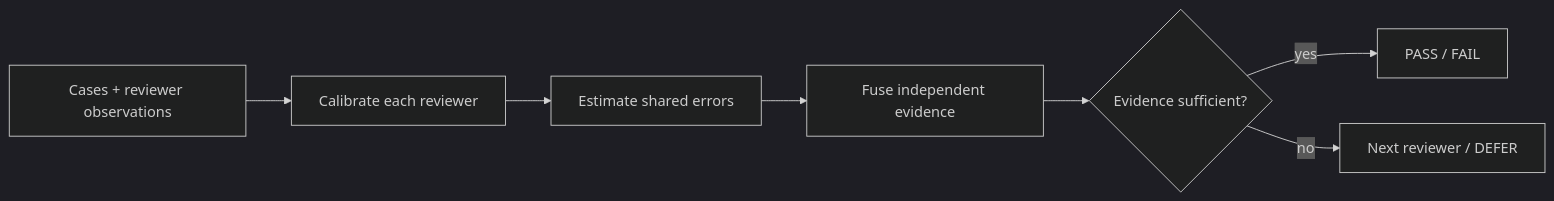
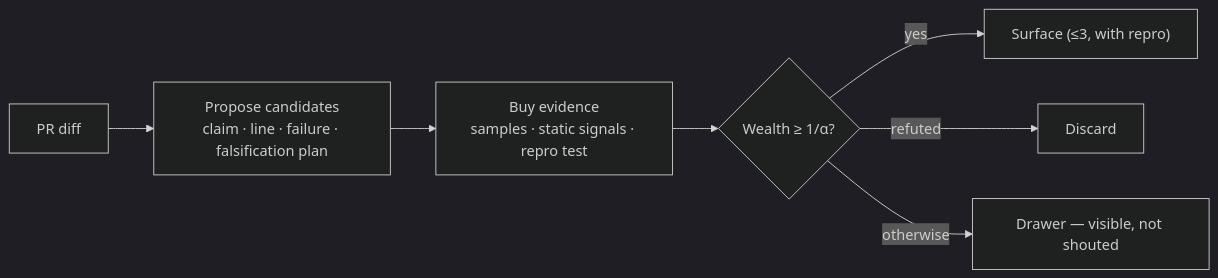
Before and after one commit to IcantFind-a-username/IcantFind-a-username: the first of 2 diagrams in README.md, drawn with Mermaid (dark theme). The commit also changed other lines of this file, not shown here.

````diff
--- a/README.md
+++ b/README.md
@@ -26,9 +27,9 @@
 ```mermaid
 flowchart LR
-    A["Cases + reviewer observations"] --> B["Calibrate each reviewer"]
-    B --> C["Estimate shared errors"]
-    C --> D["Fuse independent evidence"]
-    D --> E{"Evidence sufficient?"}
-    E -->|yes| F["PASS / FAIL"]
-    E -->|no| G["Next reviewer / DEFER"]
+    A["PR diff"] --> B["Propose candidates<br/>claim · line · failure · falsification plan"]
+    B --> C["Buy evidence<br/>samples · static signals · repro test"]
+    C --> D{"Wealth ≥ 1/α?"}
+    D -->|yes| E["Surface (≤3, with repro)"]
+    D -->|refuted| F["Discard"]
+    D -->|otherwise| G["Drawer — visible, not shouted"]
 ```
````
